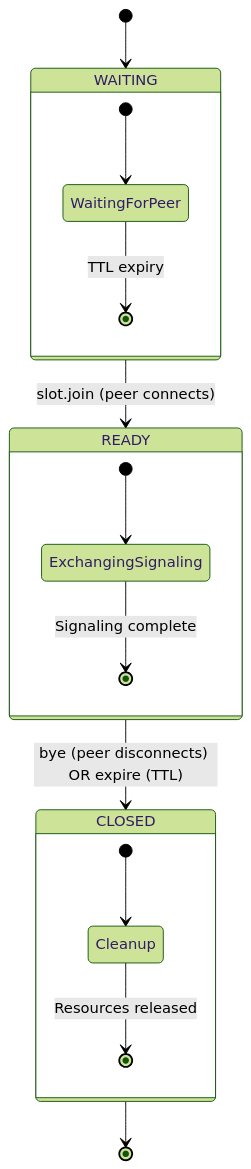
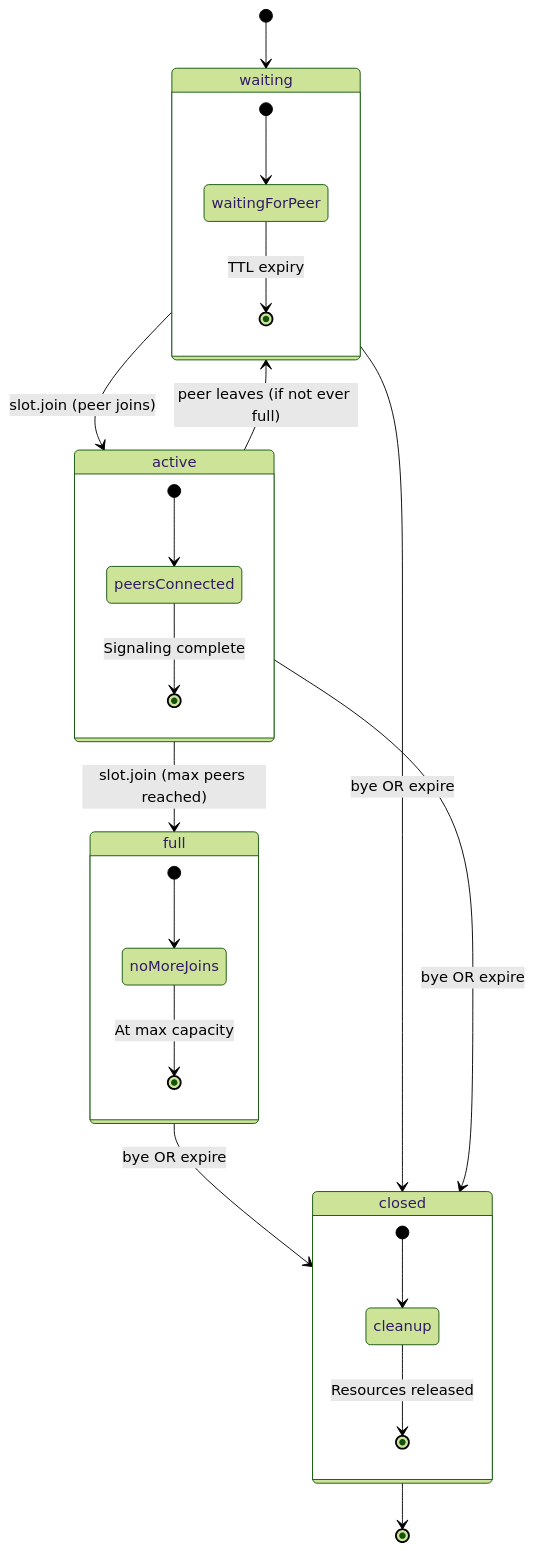
The diagram in openwiki/domain-concepts/overview.md (iamdoubz/gmmff), drawn with Mermaid (forest theme) before and after one commit. The commit also changed other lines of this file and 22 other files, not shown here.

````diff
--- a/openwiki/domain-concepts/overview.md
+++ b/openwiki/domain-concepts/overview.md
@@ -76,22 +102,31 @@
 ```mermaid
 stateDiagram-v2
-    [*] --> WAITING
-    WAITING --> READY: slot.join (peer connects)
-    READY --> CLOSED: bye (peer disconnects) OR expire (TTL)
-    CLOSED --> [*]
+    [*] --> waiting
+    waiting --> active: slot.join (peer joins)
+    active --> full: slot.join (max peers reached)
+    active --> waiting: peer leaves (if not ever full)
+    full --> closed: bye OR expire
+    waiting --> closed: bye OR expire
+    active --> closed: bye OR expire
+    closed --> [*]
     
-    state WAITING {
-        [*] --> WaitingForPeer
-        WaitingForPeer --> [*]: TTL expiry
+    state waiting {
+        [*] --> waitingForPeer
+        waitingForPeer --> [*]: TTL expiry
     }
     
-    state READY {
-        [*] --> ExchangingSignaling
-        ExchangingSignaling --> [*]: Signaling complete
+    state active {
+        [*] --> peersConnected
+        peersConnected --> [*]: Signaling complete
     }
     
-    state CLOSED {
-        [*] --> Cleanup
-        Cleanup --> [*]: Resources released
+    state full {
+        [*] --> noMoreJoins
+        noMoreJoins --> [*]: At max capacity
+    }
+    
+    state closed {
+        [*] --> cleanup
+        cleanup --> [*]: Resources released
     }
 ```
````
